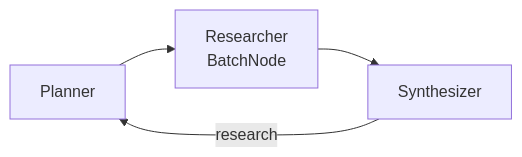
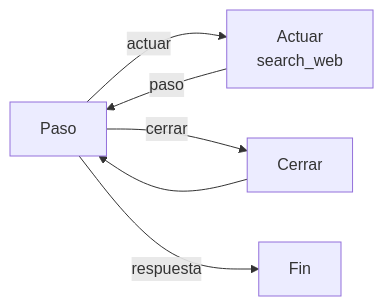
One commit to poladb-afk/deepseek-flow changed the sixth of 9 diagrams in docs/design.md. Above: the diagram before and after it, drawn with Mermaid. The commit also changed other lines of this file and 14 other files, not shown here.

````diff
--- a/docs/design.md
+++ b/docs/design.md
@@ -453,6 +453,7 @@
 ```mermaid
 flowchart LR
-    p[Planner] --> r[Researcher<br/>BatchNode]
-    r --> s[Synthesizer]
-    s -- "research" --> p
+    p[Paso] -- actuar --> a[Actuar<br/>search_web]
+    a -- paso --> p
+    p -- cerrar --> c[Cerrar] --> p
+    p -- respuesta --> f[Fin]
 ```
````
